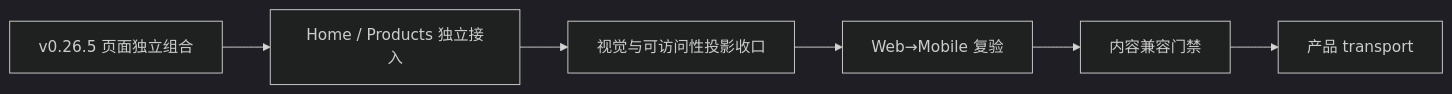
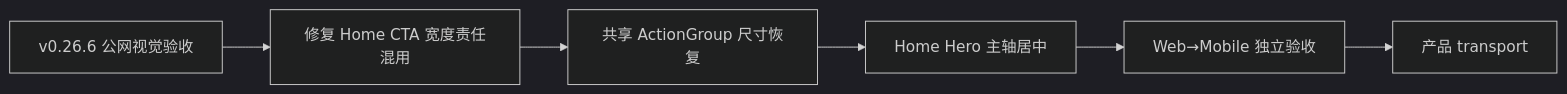
One commit to Chizheng4/xingbuild changed the diagram in docs/iterations/current.md. Above: the diagram before and after it, drawn with Mermaid (dark theme). The commit also changed other lines of this file and 11 other files, not shown here.

Commit message:
fix: restore shared home action sizing

````diff
--- a/docs/iterations/current.md
+++ b/docs/iterations/current.md
@@ -15,8 +15,8 @@
 ```mermaid
 flowchart LR
-  A[v0.26.5 页面独立组合] --> B[Home / Products 独立接入]
-  B --> C[视觉与可访问性投影收口]
-  C --> D[Web→Mobile 复验]
-  D --> E[内容兼容门禁]
+  A[v0.26.6 公网视觉验收] --> B[修复 Home CTA 宽度责任混用]
+  B --> C[共享 ActionGroup 尺寸恢复]
+  C --> D[Home Hero 主轴居中]
+  D --> E[Web→Mobile 独立验收]
   E --> F[产品 transport]
 ```
````
